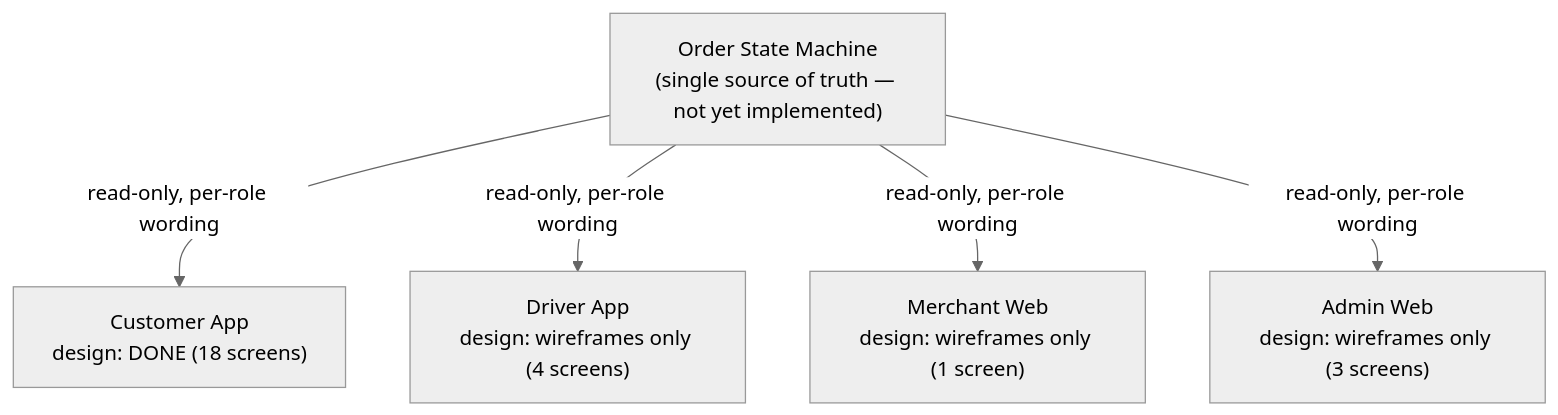
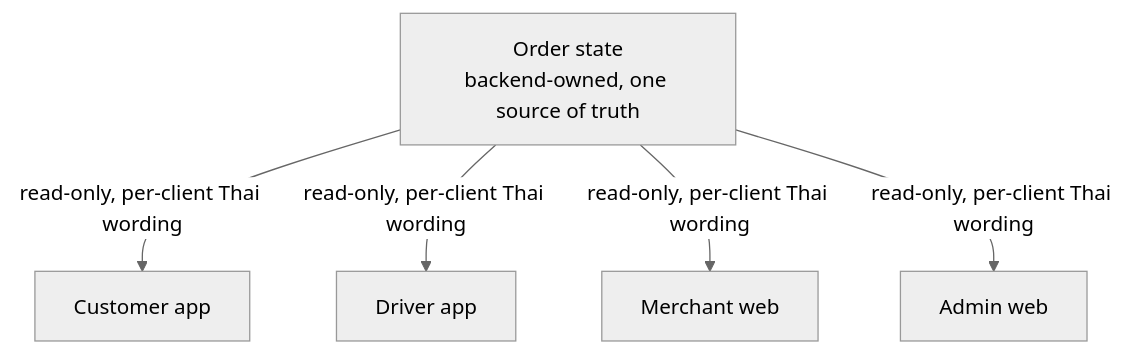
One commit to kmandev/banhao-design changed the second of 2 diagrams in docs/ARCHITECTURE.md. Above: the diagram before and after it, drawn with Mermaid (neutral theme). The commit also changed other lines of this file and 4 other files, not shown here.

Commit message:
docs: reconcile application architecture state for A-1

````diff
--- a/docs/ARCHITECTURE.md
+++ b/docs/ARCHITECTURE.md
@@ -157,13 +287,13 @@
 ```mermaid
 graph TD
-    OrderState["Order State Machine\n(single source of truth — not yet implemented)"]
-    Customer["Customer App\ndesign: DONE (18 screens)"]
-    Driver["Driver App\ndesign: wireframes only (4 screens)"]
-    Merchant["Merchant Web\ndesign: wireframes only (1 screen)"]
-    Admin["Admin Web\ndesign: wireframes only (3 screens)"]
+    OrderState["Order state<br/>backend-owned, one source of truth"]
+    Customer["Customer app"]
+    Driver["Driver app"]
+    Merchant["Merchant web"]
+    Admin["Admin web"]
 
-    OrderState -->|read-only, per-role wording| Customer
-    OrderState -->|read-only, per-role wording| Driver
-    OrderState -->|read-only, per-role wording| Merchant
-    OrderState -->|read-only, per-role wording| Admin
+    OrderState -->|read-only, per-client Thai wording| Customer
+    OrderState -->|read-only, per-client Thai wording| Driver
+    OrderState -->|read-only, per-client Thai wording| Merchant
+    OrderState -->|read-only, per-client Thai wording| Admin
 ```
````
